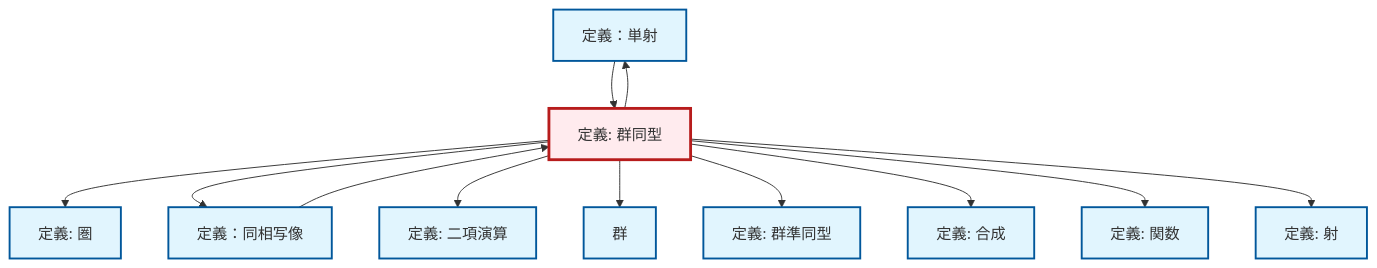
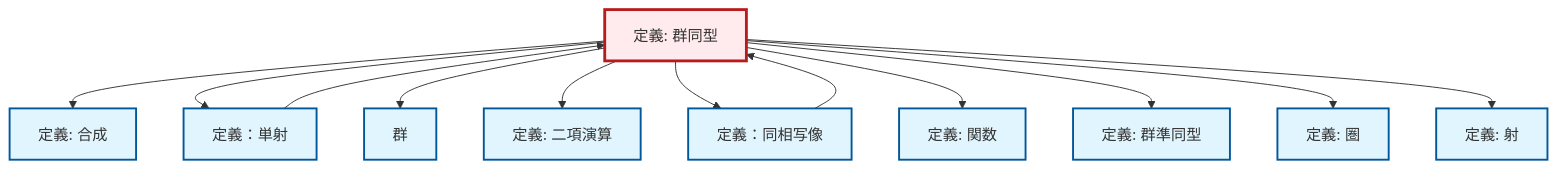
Before and after one commit to RK0429/ModernMath: the diagram in content/ja/algebra/def-isomorphism.qmd, drawn with Mermaid. The commit also changed other lines of this file and 1012 other files, not shown here.

````diff
--- a/content/ja/algebra/def-isomorphism.qmd
+++ b/content/ja/algebra/def-isomorphism.qmd
@@ -114,40 +114,40 @@
 ```{mermaid}
 %%| fig-cap: "Local dependency graph"
 graph TD
     classDef definition fill:#e1f5fe,stroke:#01579b,stroke-width:2px
     classDef theorem fill:#f3e5f5,stroke:#4a148c,stroke-width:2px
     classDef axiom fill:#fff3e0,stroke:#e65100,stroke-width:2px
     classDef example fill:#e8f5e9,stroke:#1b5e20,stroke-width:2px
     classDef current fill:#ffebee,stroke:#b71c1c,stroke-width:3px
+    def-isomorphism["定義: 群同型"]:::definition
+    def-binary-operation["定義: 二項演算"]:::definition
+    def-composition["定義: 合成"]:::definition
+    def-homeomorphism["定義：同相写像"]:::definition
+    def-category["定義: 圏"]:::definition
     def-monomorphism["定義：単射"]:::definition
-    def-category["定義: 圏"]:::definition
-    def-homeomorphism["定義：同相写像"]:::definition
     def-function["定義: 関数"]:::definition
-    def-binary-operation["定義: 二項演算"]:::definition
-    def-isomorphism["定義: 群同型"]:::definition
-    def-composition["定義: 合成"]:::definition
     def-homomorphism["定義: 群準同型"]:::definition
     def-morphism["定義: 射"]:::definition
     def-group["群"]:::definition
+    def-isomorphism --> def-composition
+    def-monomorphism --> def-isomorphism
+    def-isomorphism --> def-monomorphism
+    def-isomorphism --> def-group
+    def-isomorphism --> def-binary-operation
+    def-isomorphism --> def-homeomorphism
+    def-isomorphism --> def-function
+    def-isomorphism --> def-homomorphism
+    def-homeomorphism --> def-isomorphism
     def-isomorphism --> def-category
-    def-isomorphism --> def-homeomorphism
-    def-isomorphism --> def-binary-operation
-    def-homeomorphism --> def-isomorphism
-    def-isomorphism --> def-group
-    def-isomorphism --> def-homomorphism
-    def-isomorphism --> def-monomorphism
-    def-isomorphism --> def-composition
-    def-isomorphism --> def-function
-    def-monomorphism --> def-isomorphism
     def-isomorphism --> def-morphism
     class def-isomorphism current
-    click def-monomorphism "def-monomorphism.html" "定義：単射へ"
-    click def-category "def-category.html" "圏の定義へ"
-    click def-homeomorphism "def-homeomorphism.html" "定義：同相写像へ"
-    click def-function "def-function.html" "関数の定義へ"
     click def-binary-operation "def-binary-operation.html" "二項演算の定義へ"
     click def-composition "def-composition.html" "合成の定義へ"
+    click def-homeomorphism "def-homeomorphism.html" "定義：同相写像へ"
+    click def-category "def-category.html" "圏の定義へ"
+    click def-monomorphism "def-monomorphism.html" "定義：単射へ"
+    click def-function "def-function.html" "関数の定義へ"
     click def-homomorphism "def-homomorphism.html" "群準同型の定義へ"
     click def-morphism "def-morphism.html" "射の定義へ"
     click def-group "def-group.html" "群へ"
 ```
````
